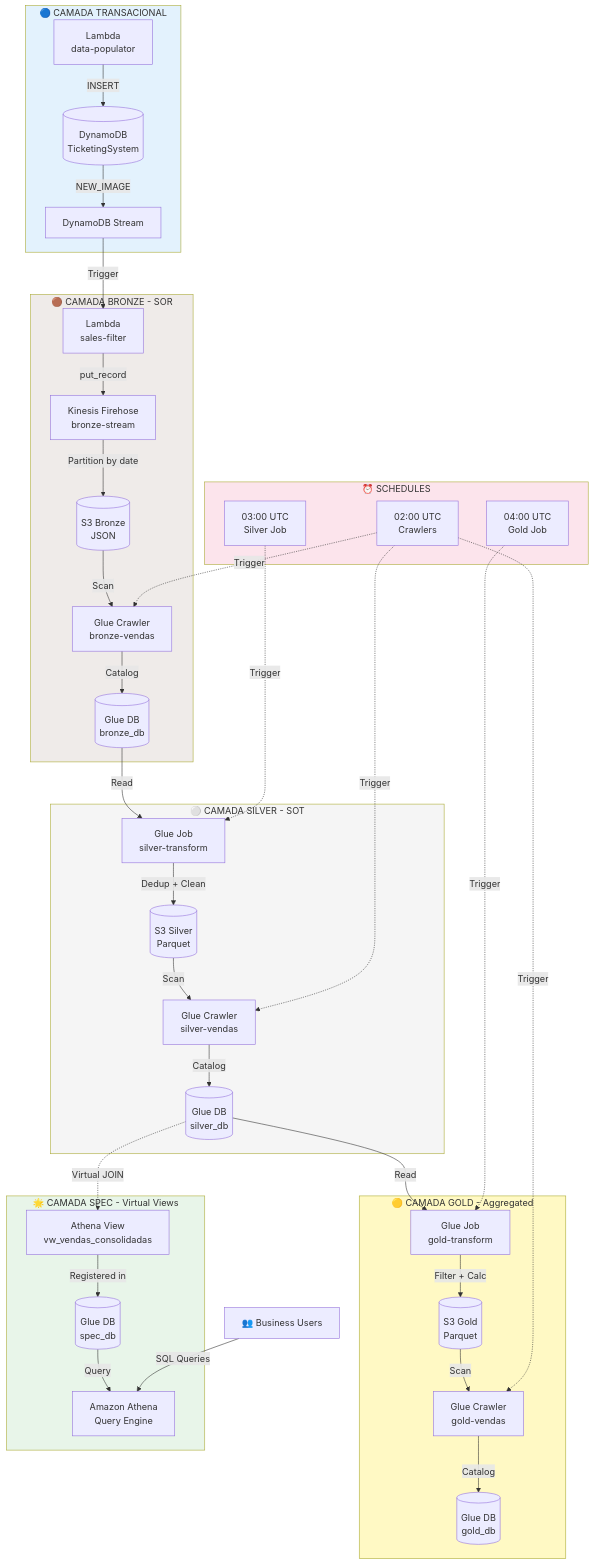
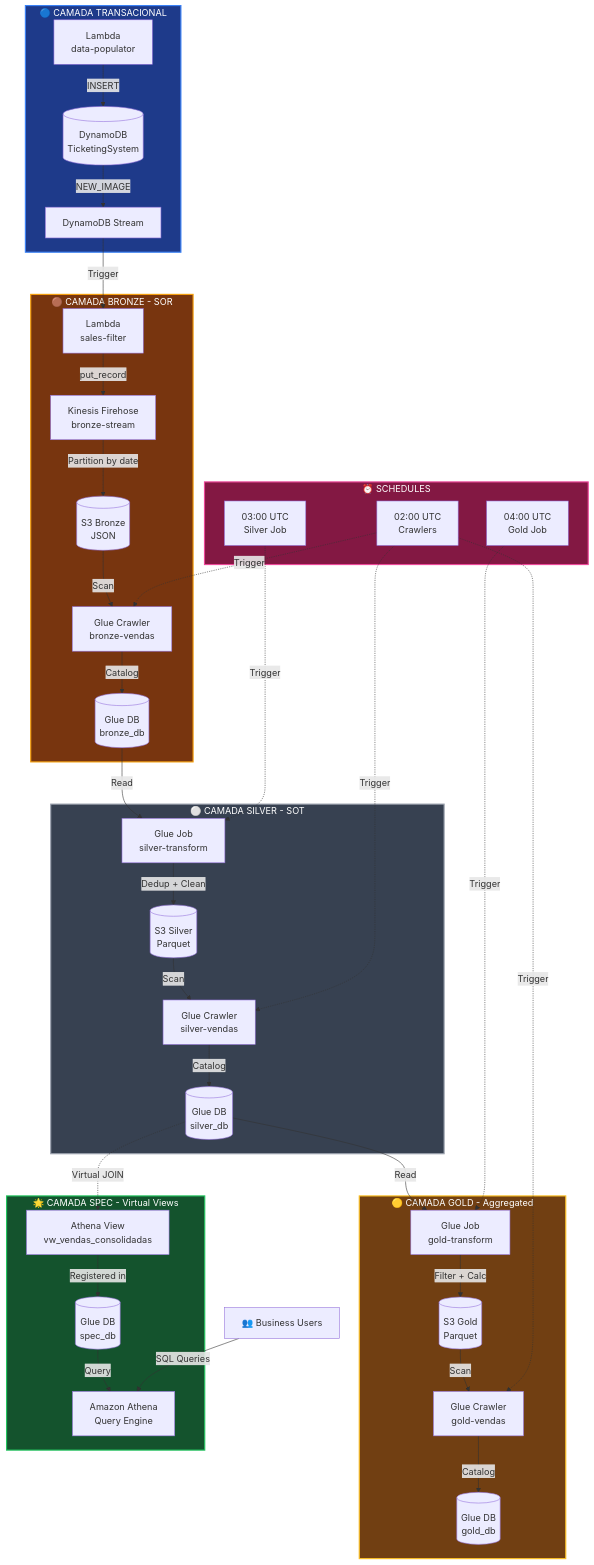
One commit to kaikeventura/aws-data-lake changed the first of 3 diagrams in README.md. Above: the diagram before and after it, drawn with Mermaid. The commit also changed 1 other file, not shown here.

Commit message:
feat: Atualizado cores do mermeid

````diff
--- a/README.md
+++ b/README.md
@@ -27,80 +27,80 @@
 ```mermaid
 graph TB
     subgraph TRANSACIONAL["🔵 CAMADA TRANSACIONAL"]
         DDB[(DynamoDB<br/>TicketingSystem)]
         Stream[DynamoDB Stream]
         PopLambda[Lambda<br/>data-populator]
         
         PopLambda -->|INSERT| DDB
         DDB -->|NEW_IMAGE| Stream
     end
     
     subgraph BRONZE["🟤 CAMADA BRONZE - SOR"]
         FilterLambda[Lambda<br/>sales-filter]
         Firehose[Kinesis Firehose<br/>bronze-stream]
         S3Bronze[(S3 Bronze<br/>JSON)]
         CrawlerBronze[Glue Crawler<br/>bronze-vendas]
         DBBronze[(Glue DB<br/>bronze_db)]
         
         Stream -->|Trigger| FilterLambda
         FilterLambda -->|put_record| Firehose
         Firehose -->|Partition by date| S3Bronze
         S3Bronze -->|Scan| CrawlerBronze
         CrawlerBronze -->|Catalog| DBBronze
     end
     
     subgraph SILVER["⚪ CAMADA SILVER - SOT"]
         JobSilver[Glue Job<br/>silver-transform]
         S3Silver[(S3 Silver<br/>Parquet)]
         CrawlerSilver[Glue Crawler<br/>silver-vendas]
         DBSilver[(Glue DB<br/>silver_db)]
         
         DBBronze -->|Read| JobSilver
         JobSilver -->|Dedup + Clean| S3Silver
         S3Silver -->|Scan| CrawlerSilver
         CrawlerSilver -->|Catalog| DBSilver
     end
     
     subgraph GOLD["🟡 CAMADA GOLD - Aggregated"]
         JobGold[Glue Job<br/>gold-transform]
         S3Gold[(S3 Gold<br/>Parquet)]
         CrawlerGold[Glue Crawler<br/>gold-vendas]
         DBGold[(Glue DB<br/>gold_db)]
         
         DBSilver -->|Read| JobGold
         JobGold -->|Filter + Calc| S3Gold
         S3Gold -->|Scan| CrawlerGold
         CrawlerGold -->|Catalog| DBGold
     end
     
     subgraph SPEC["🌟 CAMADA SPEC - Virtual Views"]
         DBSpec[(Glue DB<br/>spec_db)]
         AthenaView[Athena View<br/>vw_vendas_consolidadas]
         Athena[Amazon Athena<br/>Query Engine]
         
         DBSilver -.->|Virtual JOIN| AthenaView
         AthenaView -->|Registered in| DBSpec
         DBSpec -->|Query| Athena
     end
     
     subgraph SCHEDULE["⏰ SCHEDULES"]
         Cron2h[02:00 UTC<br/>Crawlers]
         Cron3h[03:00 UTC<br/>Silver Job]
         Cron4h[04:00 UTC<br/>Gold Job]
         
         Cron2h -.->|Trigger| CrawlerBronze
         Cron2h -.->|Trigger| CrawlerSilver
         Cron2h -.->|Trigger| CrawlerGold
         Cron3h -.->|Trigger| JobSilver
         Cron4h -.->|Trigger| JobGold
     end
     
     Users[👥 Business Users] -->|SQL Queries| Athena
     
-    style TRANSACIONAL fill:#e3f2fd
-    style BRONZE fill:#efebe9
-    style SILVER fill:#f5f5f5
-    style GOLD fill:#fff9c4
-    style SPEC fill:#e8f5e9
-    style SCHEDULE fill:#fce4ec
+    style TRANSACIONAL fill:#1e3a8a,stroke:#3b82f6,stroke-width:2px,color:#fff
+    style BRONZE fill:#78350f,stroke:#f59e0b,stroke-width:2px,color:#fff
+    style SILVER fill:#374151,stroke:#9ca3af,stroke-width:2px,color:#fff
+    style GOLD fill:#713f12,stroke:#fbbf24,stroke-width:2px,color:#fff
+    style SPEC fill:#14532d,stroke:#22c55e,stroke-width:2px,color:#fff
+    style SCHEDULE fill:#831843,stroke:#ec4899,stroke-width:2px,color:#fff
 ```
````
